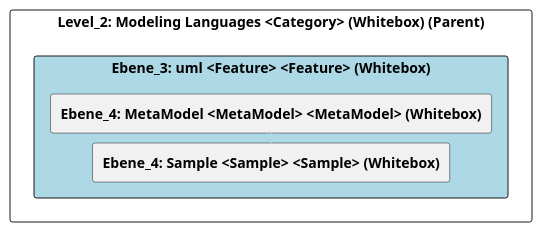
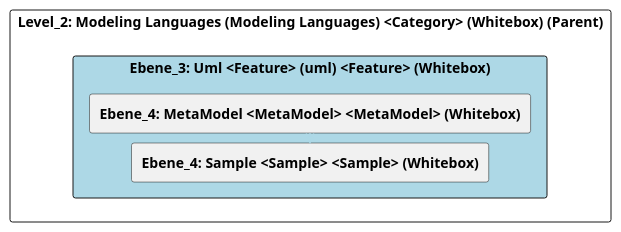
The diagram in doc/cleonproject_deliverables_architecture_model_architecture/adoc/de/05_bausteinsicht/cleon/modeling_languages/uml/ebene_3_uml.adoc (marcozwyssig/cleon), drawn with PlantUML before and after one commit. The commit also changed other lines of this file and 166 other files, not shown here.

```diff
--- a/doc/cleonproject_deliverables_architecture_model_architecture/adoc/de/05_bausteinsicht/cleon/modeling_languages/uml/ebene_3_uml.adoc
+++ b/doc/cleonproject_deliverables_architecture_model_architecture/adoc/de/05_bausteinsicht/cleon/modeling_languages/uml/ebene_3_uml.adoc
@@ -20,28 +20,28 @@
-[plantuml, Ebene_3: uml <Feature> <Feature> (Whitebox)BlockOverview, format="svg"]
+[plantuml, Ebene_3: Uml <Feature> (uml) <Feature> (Whitebox)BlockOverview, format="svg"]
 ----
-@startuml Ebene_3: uml <Feature> <Feature> (Whitebox)BuildingBlockOverview
+@startuml Ebene_3: Uml <Feature> (uml) <Feature> (Whitebox)BuildingBlockOverview
 
 skinparam ranksep 10
 skinparam componentStyle rectangle
 skinparam shadowing false
 skinparam arrowColor lightblue
 skinparam arrowThickness 1.2
 skinparam rectangle {
   BackgroundColor White
   BorderColor #333
   RoundCorner 10
 }
 top to bottom direction
 
-component "Level_2: Modeling Languages <Category> (Whitebox) (Parent)" {
-    component "Ebene_3: uml <Feature> <Feature> (Whitebox)" #lightblue {
+component "Level_2: Modeling Languages (Modeling Languages) <Category> (Whitebox) (Parent)" {
+    component "Ebene_3: Uml <Feature> (uml) <Feature> (Whitebox)" #lightblue {
         [**Ebene_4: MetaModel <MetaModel> <MetaModel> (Whitebox)**] as 4A56DE3E_D579_11EE_903E_9F564E4DE07E
         [**Ebene_4: Sample <Sample> <Sample> (Whitebox)**] as 5CCD92AB_DE54_11EF_81C7_3391F050ADDB
     }
 
     4A56DE3E_D579_11EE_903E_9F564E4DE07E -down-> 5CCD92AB_DE54_11EF_81C7_3391F050ADDB
     
 }
 
 @enduml
 ----
```
